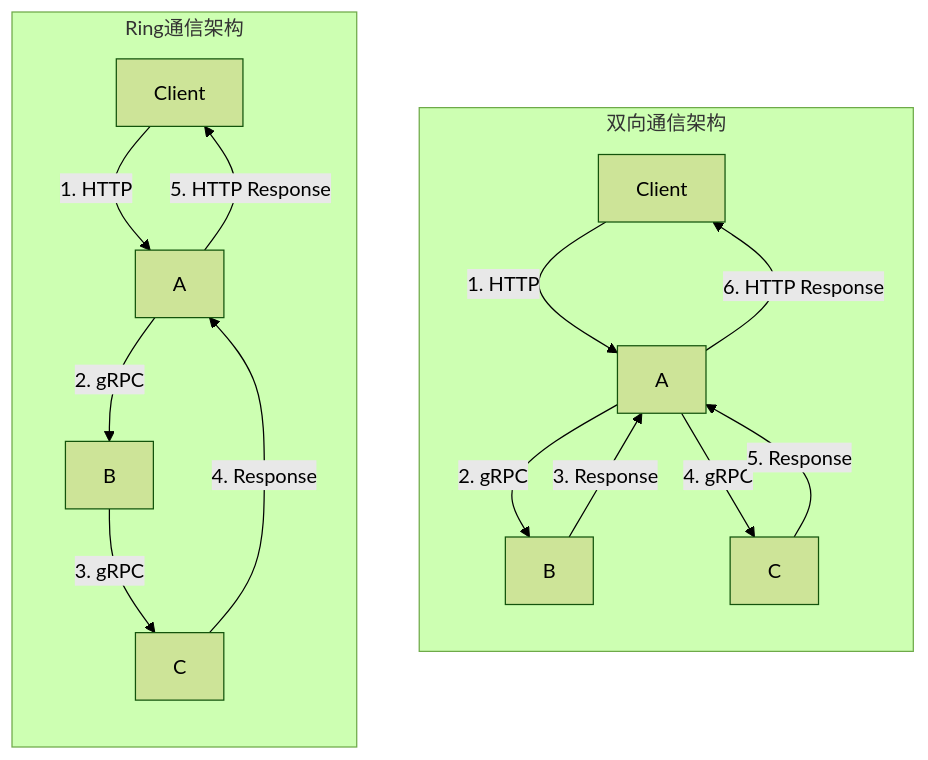
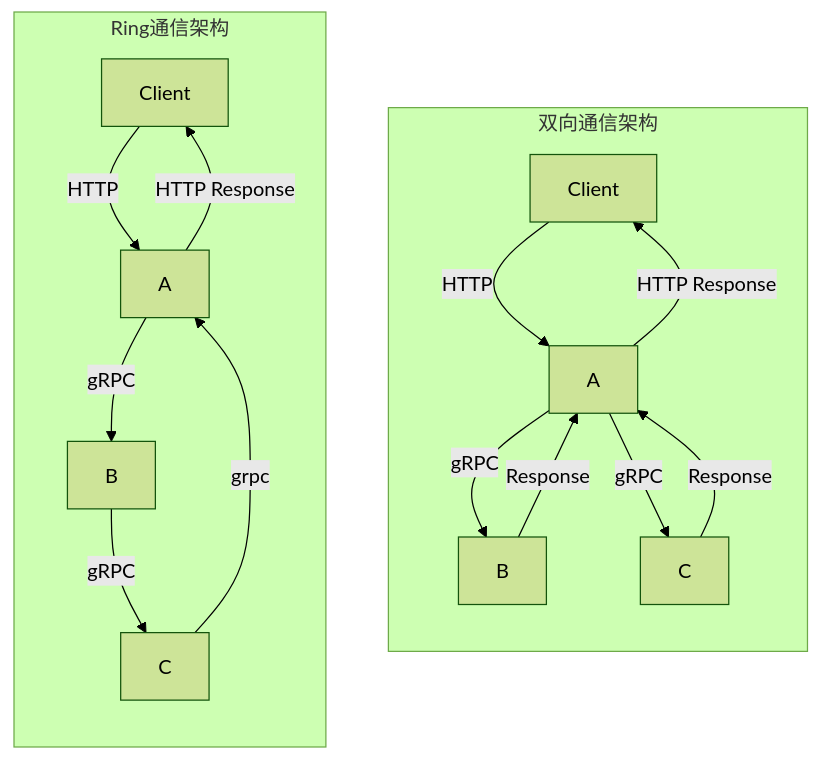
One commit to wnma3mz/tLLM changed the third of 3 diagrams in OLD_README_V2.md. Above: the diagram before and after it, drawn with Mermaid (forest theme).

````diff
--- a/OLD_README_V2.md
+++ b/OLD_README_V2.md
@@ -116,21 +116,21 @@
 ```mermaid
 flowchart TB
     subgraph Current["双向通信架构"]
         direction TB
-        Client1[Client] -->|1. HTTP| A1[A]
-        A1 -->|2. gRPC| B1[B]
-        B1 -->|3. Response| A1
-        A1 -->|4. gRPC| C1[C]
-        C1 -->|5. Response| A1
-        A1 -->|6. HTTP Response| Client1
+        Client1[Client] -->|HTTP| A1[A]
+        A1 -->|gRPC| B1[B]
+        B1 -->|Response| A1
+        A1 -->|gRPC| C1[C]
+        C1 -->|Response| A1
+        A1 -->|HTTP Response| Client1
     end
 
     subgraph Desired["Ring通信架构"]
         direction TB
-        Client2[Client] -->|1. HTTP| A2[A]
-        A2 -->|2. gRPC| B2[B]
-        B2 -->|3. gRPC| C2[C]
-        C2 -->|4. Response| A2
-        A2 -->|5. HTTP Response| Client2
+        Client2[Client] -->|HTTP| A2[A]
+        A2 -->|gRPC| B2[B]
+        B2 -->|gRPC| C2[C]
+        C2 -->|grpc| A2
+        A2 -->|HTTP Response| Client2
     end
 ```
````
